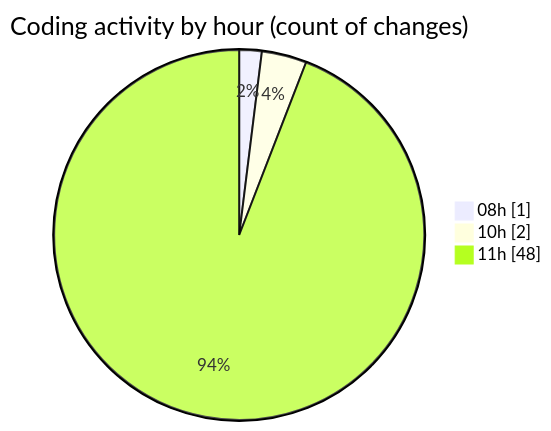
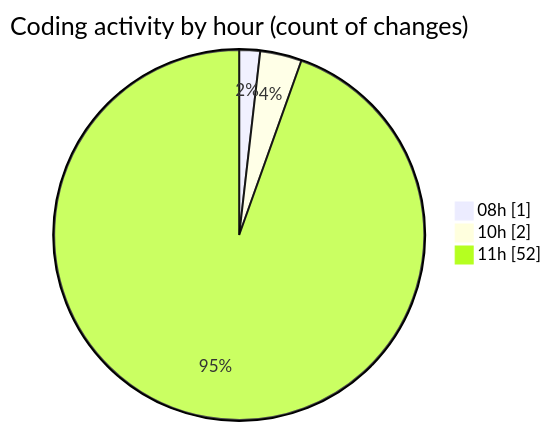
One commit to momahboobian/code-tracking changed the second of 2 diagrams in 2025-07-03/cda/README.md. Above: the diagram before and after it, drawn with Mermaid. The commit also changed other lines of this file and 1 other file, not shown here.

````diff
--- a/2025-07-03/cda/README.md
+++ b/2025-07-03/cda/README.md
@@ -37,7 +37,7 @@
 ```mermaid
 pie showData
 title Coding activity by hour (count of changes)
 "08h" : 1
 "10h" : 2
-"11h" : 48
+"11h" : 52
 ```
````
